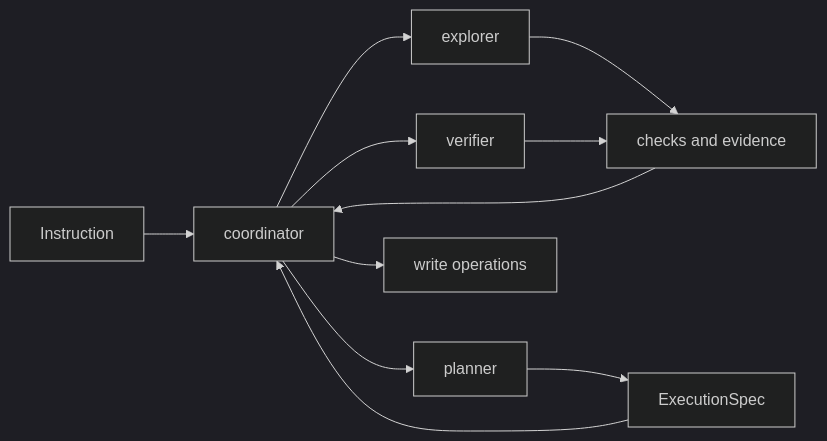
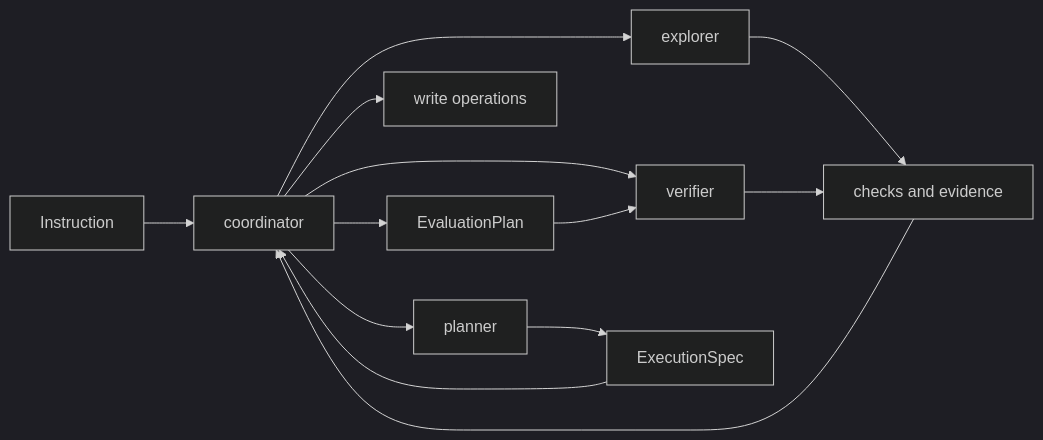
One commit to thisisyoussef/shipyard changed the diagram in shipyard/src/agents/README.md. Above: the diagram before and after it, drawn with Mermaid (dark theme). The commit also changed other lines of this file and 9 other files, not shown here.

Commit message:
feat: add evaluation plan verifier contract

````diff
--- a/shipyard/src/agents/README.md
+++ b/shipyard/src/agents/README.md
@@ -27,22 +28,25 @@
 ```mermaid
 flowchart LR
   Instruction["Instruction"]
   Coordinator["coordinator"]
   Explorer["explorer"]
   Planner["planner"]
   Verifier["verifier"]
   Writes["write operations"]
   Checks["checks and evidence"]
   Spec["ExecutionSpec"]
+  Eval["EvaluationPlan"]
 
   Instruction --> Coordinator
   Coordinator --> Explorer
   Coordinator --> Planner
   Coordinator --> Verifier
   Coordinator --> Writes
   Explorer --> Checks
   Planner --> Spec
   Spec --> Coordinator
+  Coordinator --> Eval
+  Eval --> Verifier
   Verifier --> Checks
   Checks --> Coordinator
 ```
````
